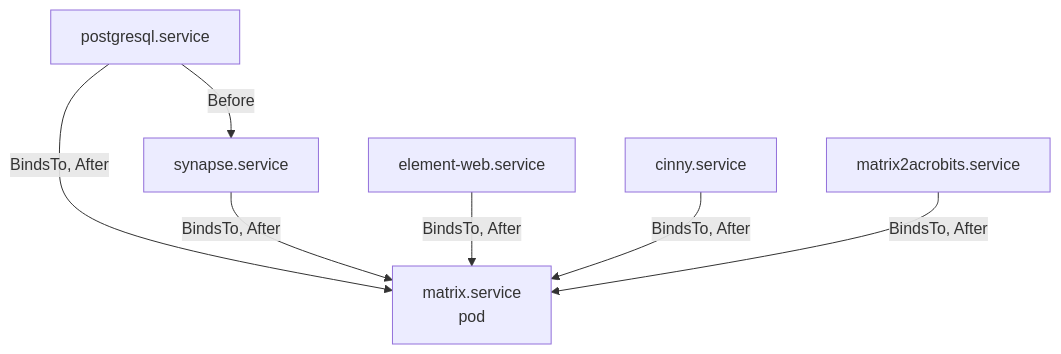
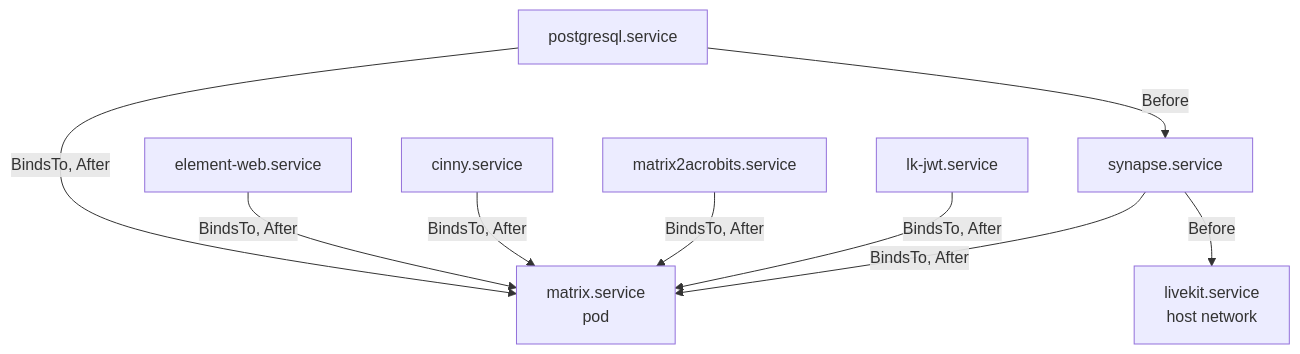
The second of 4 diagrams in docs/architecture.md (NethServer/ns8-matrix), drawn with Mermaid before and after one commit. The commit also changed other lines of this file and 1 other file, not shown here.

````diff
--- a/docs/architecture.md
+++ b/docs/architecture.md
@@ -85,15 +89,19 @@
 ```mermaid
 flowchart TB
     MX[matrix.service<br/>pod]
     PG[postgresql.service]
     SY[synapse.service]
     EW[element-web.service]
     CI[cinny.service]
     MA[matrix2acrobits.service]
+    LJ[lk-jwt.service]
+    LK[livekit.service<br/>host network]
     PG -- "BindsTo, After" --> MX
     SY -- "BindsTo, After" --> MX
     EW -- "BindsTo, After" --> MX
     CI -- "BindsTo, After" --> MX
     MA -- "BindsTo, After" --> MX
+    LJ -- "BindsTo, After" --> MX
+    SY -- "Before" --> LK
     PG -- "Before" --> SY
 ```
````
